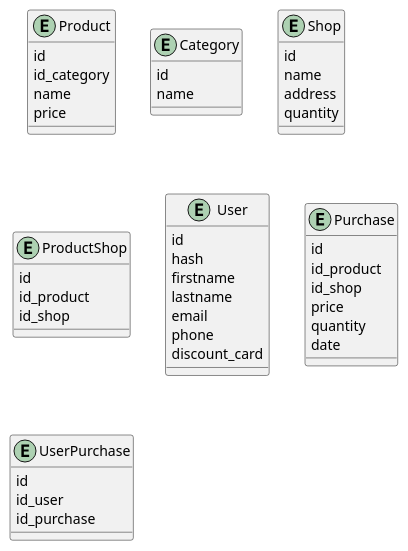
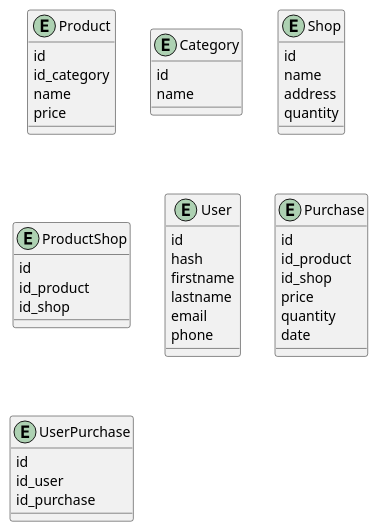
One commit to AntonenkoTymofii/ShopReview changed the diagram in back/review/Internet-Shop.puml. Above: the diagram before and after it, drawn with PlantUML. The commit also changed 3 other files, not shown here.

```diff
--- a/back/review/Internet-Shop.puml
+++ b/back/review/Internet-Shop.puml
@@ -1,54 +1,53 @@
 @startuml
 'https://plantuml.com/class-diagram
 
 entity Product {
     id
     id_category
     name
     price
 }
 
 entity Category {
     id
     name
 }
 
 entity Shop {
     id
     name
     address
     quantity
 }
 
 entity ProductShop {
     id
     id_product
     id_shop
 }
 
 entity User {
     id
     hash
     firstname
     lastname
     email
     phone
-    discount_card
 }
 
 entity Purchase {
     id
     id_product
     id_shop
     price
     quantity
     date
 }
 
 entity UserPurchase {
     id
     id_user
     id_purchase
 }
 
 @enduml
```
